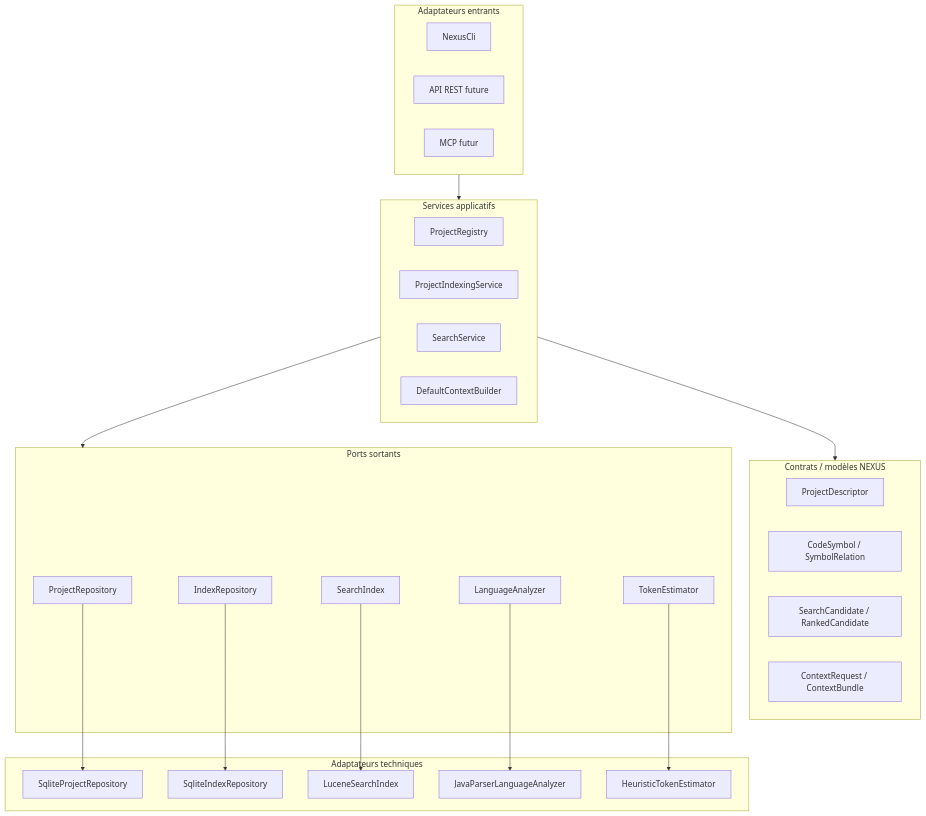
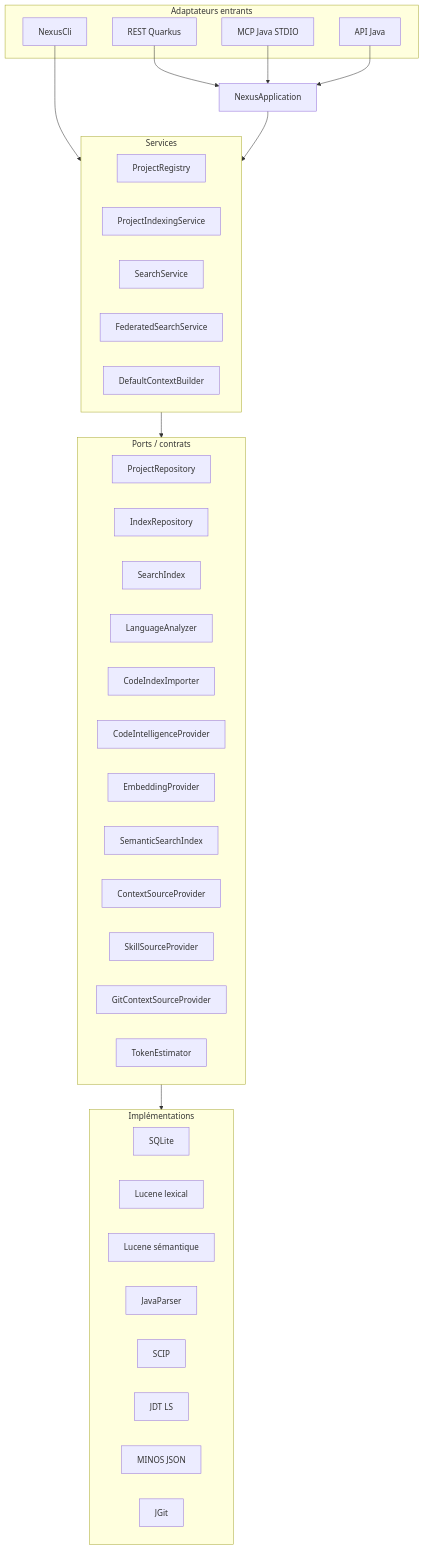
The first of 3 diagrams in docs/developer/architecture-implementation.md (FTurleque/nexus-context-engine), drawn with Mermaid before and after one commit. The commit also changed other lines of this file, not shown here.

Commit message:
docs: reconcile implementation architecture

````diff
--- a/docs/developer/architecture-implementation.md
+++ b/docs/developer/architecture-implementation.md
@@ -11,47 +32,53 @@
 ```mermaid
 flowchart TB
-    subgraph ADAPTERS[Adaptateurs entrants]
+    subgraph IN[Adaptateurs entrants]
         CLI[NexusCli]
-        API[API REST future]
-        MCP[MCP futur]
+        REST[REST Quarkus]
+        MCP[MCP Java STDIO]
+        JAVA[API Java]
     end
 
-    subgraph APP[Services applicatifs]
+    APP[NexusApplication]
+
+    subgraph SERVICES[Services]
         REG[ProjectRegistry]
         IDX[ProjectIndexingService]
         SEARCH[SearchService]
+        FED[FederatedSearchService]
         CTX[DefaultContextBuilder]
     end
 
-    subgraph DOMAIN[Contrats / modèles NEXUS]
-        PROJECT[ProjectDescriptor]
-        SYMBOL[CodeSymbol / SymbolRelation]
-        CAND[SearchCandidate / RankedCandidate]
-        BUNDLE[ContextRequest / ContextBundle]
-    end
-
-    subgraph PORTS[Ports sortants]
+    subgraph PORTS[Ports / contrats]
         PR[ProjectRepository]
         IR[IndexRepository]
         SI[SearchIndex]
         LA[LanguageAnalyzer]
+        CII[CodeIndexImporter]
+        CIP[CodeIntelligenceProvider]
+        EP[EmbeddingProvider]
+        SSI[SemanticSearchIndex]
+        CSP[ContextSourceProvider]
+        SSP[SkillSourceProvider]
+        GP[GitContextSourceProvider]
         TE[TokenEstimator]
     end
 
-    subgraph TECH[Adaptateurs techniques]
-        SPR[SqliteProjectRepository]
-        SIR[SqliteIndexRepository]
-        LSI[LuceneSearchIndex]
-        JPA[JavaParserLanguageAnalyzer]
-        HTE[HeuristicTokenEstimator]
+    subgraph TECH[Implémentations]
+        SQLITE[SQLite]
+        LUCENE[Lucene lexical]
+        SEML[Lucene sémantique]
+        JP[JavaParser]
+        SCIP[SCIP]
+        JDT[JDT LS]
+        MINOS[MINOS JSON]
+        GIT[JGit]
     end
 
-    ADAPTERS --> APP
-    APP --> DOMAIN
-    APP --> PORTS
-    PR --> SPR
-    IR --> SIR
-    SI --> LSI
-    LA --> JPA
-    TE --> HTE
+    REST --> APP
+    MCP --> APP
+    JAVA --> APP
+    CLI --> SERVICES
+    APP --> SERVICES
+    SERVICES --> PORTS
+    PORTS --> TECH
 ```
````
